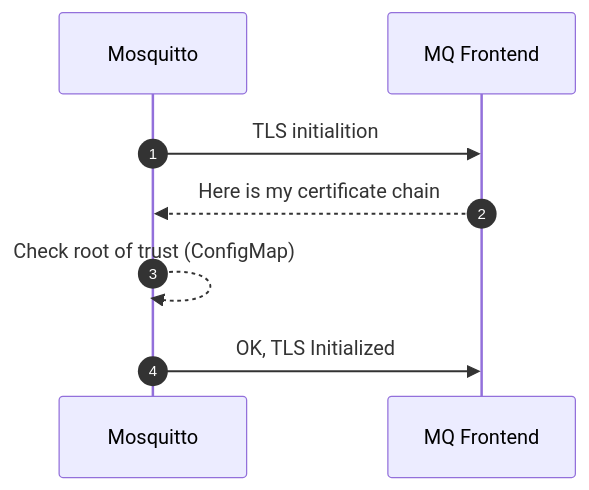
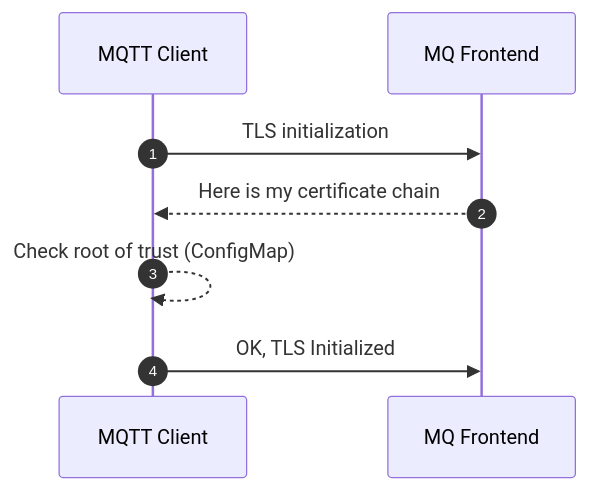
One commit to katriendg/aio-cert-manager changed the diagram in docs/certs-tls-bundles-doc.md. Above: the diagram before and after it, drawn with Mermaid. The commit also changed other lines of this file, not shown here.

````diff
--- a/docs/certs-tls-bundles-doc.md
+++ b/docs/certs-tls-bundles-doc.md
@@ -46,8 +44,8 @@
 ```mermaid
 sequenceDiagram
     autonumber
-    Mosquitto->>MQ Frontend: TLS initialition
-    MQ Frontend-->>Mosquitto: Here is my certificate chain
-    Mosquitto-->>Mosquitto: Check root of trust (ConfigMap)
-    Mosquitto->>MQ Frontend: OK, TLS Initialized 
+    MQTT Client->>MQ Frontend: TLS initialization
+    MQ Frontend-->>MQTT Client: Here is my certificate chain
+    MQTT Client-->>MQTT Client: Check root of trust (ConfigMap)
+    MQTT Client->>MQ Frontend: OK, TLS Initialized 
 ```
````
